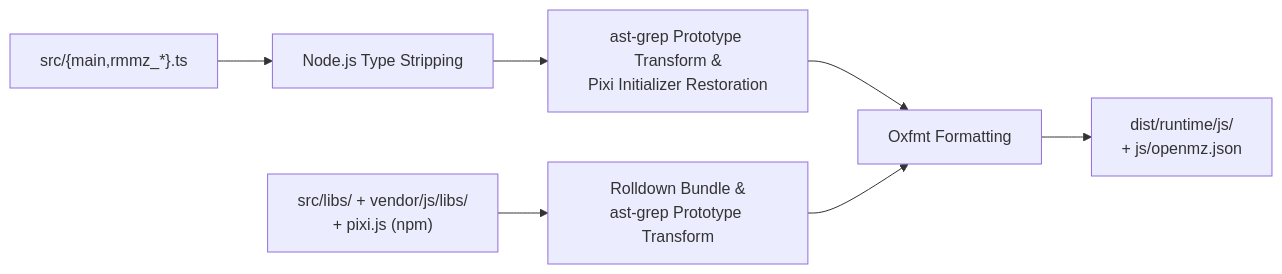
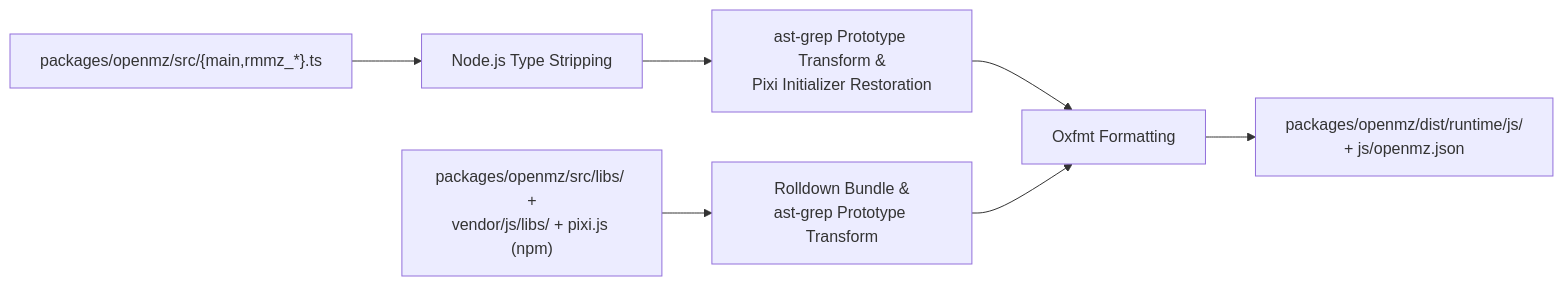
Before and after one commit to enpitsuLin/openmz: the diagram in README_en.md, drawn with Mermaid. The commit also changed other lines of this file and 124 other files, not shown here.

````diff
--- a/README_en.md
+++ b/README_en.md
@@ -64,9 +64,9 @@
 ```mermaid
 flowchart LR
-  A["src/{main,rmmz_*}.ts"] --> B["Node.js Type Stripping"]
+  A["packages/openmz/src/{main,rmmz_*}.ts"] --> B["Node.js Type Stripping"]
   B --> C["ast-grep Prototype Transform &<br/>Pixi Initializer Restoration"]
-  D["src/libs/ + vendor/js/libs/<br/>+ pixi.js (npm)"] --> E["Rolldown Bundle &<br/>ast-grep Prototype Transform"]
+  D["packages/openmz/src/libs/ +<br/>vendor/js/libs/ + pixi.js (npm)"] --> E["Rolldown Bundle &<br/>ast-grep Prototype Transform"]
   C --> F["Oxfmt Formatting"]
   E --> F
-  F --> G["dist/runtime/js/<br/>+ js/openmz.json"]
+  F --> G["packages/openmz/dist/runtime/js/<br/>+ js/openmz.json"]
 ```
````
